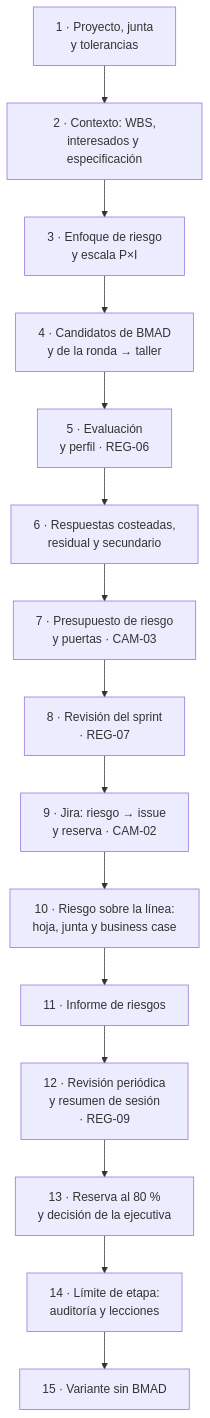
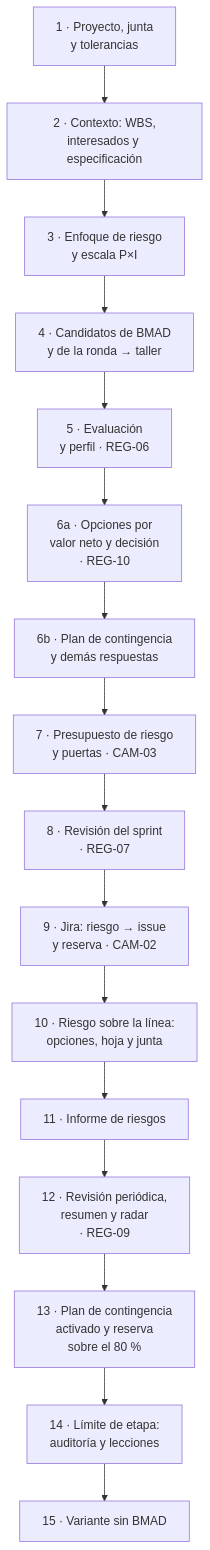
The first of 2 diagrams in docs/guias/E2E-1-riesgos.md (Arturo-Penas-Rial/pm-method), drawn with Mermaid before and after one commit. The commit also changed other lines of this file and 284 other files, not shown here.

Commit message:
pm-method 2.4.0: contingencias, personas, radar, lecciones, impacto, auditoría y material de formación

````diff
--- a/docs/guias/E2E-1-riesgos.md
+++ b/docs/guias/E2E-1-riesgos.md
@@ -69,11 +86,12 @@
 ```mermaid
 flowchart TB
     a["1 · Proyecto, junta<br/>y tolerancias"] --> b["2 · Contexto: WBS,<br/>interesados y especificación"]
     b --> c["3 · Enfoque de riesgo<br/>y escala P×I"] --> d["4 · Candidatos de BMAD<br/>y de la ronda → taller"]
-    d --> e["5 · Evaluación<br/>y perfil · REG-06"] --> f["6 · Respuestas costeadas,<br/>residual y secundario"]
-    f --> g["7 · Presupuesto de riesgo<br/>y puertas · CAM-03"] --> h["8 · Revisión del sprint<br/>· REG-07"]
-    h --> i["9 · Jira: riesgo → issue<br/>y reserva · CAM-02"] --> j["10 · Riesgo sobre la línea:<br/>hoja, junta y business case"]
-    j --> k["11 · Informe de riesgos"] --> l["12 · Revisión periódica<br/>y resumen de sesión<br/>· REG-09"]
-    l --> m["13 · Reserva al 80 %<br/>y decisión de la ejecutiva"] --> n["14 · Límite de etapa:<br/>auditoría y lecciones"]
+    d --> e["5 · Evaluación<br/>y perfil · REG-06"] --> f["6a · Opciones por<br/>valor neto y decisión<br/>· REG-10"]
+    f --> f2["6b · Plan de contingencia<br/>y demás respuestas"]
+    f2 --> g["7 · Presupuesto de riesgo<br/>y puertas · CAM-03"] --> h["8 · Revisión del sprint<br/>· REG-07"]
+    h --> i["9 · Jira: riesgo → issue<br/>y reserva · CAM-02"] --> j["10 · Riesgo sobre la línea:<br/>opciones, hoja y junta"]
+    j --> k["11 · Informe de riesgos"] --> l["12 · Revisión periódica,<br/>resumen y radar<br/>· REG-09"]
+    l --> m["13 · Plan de contingencia<br/>activado y reserva<br/>sobre el 80 %"] --> n["14 · Límite de etapa:<br/>auditoría y lecciones"]
     n --> o["15 · Variante sin BMAD"]
 ```
````
